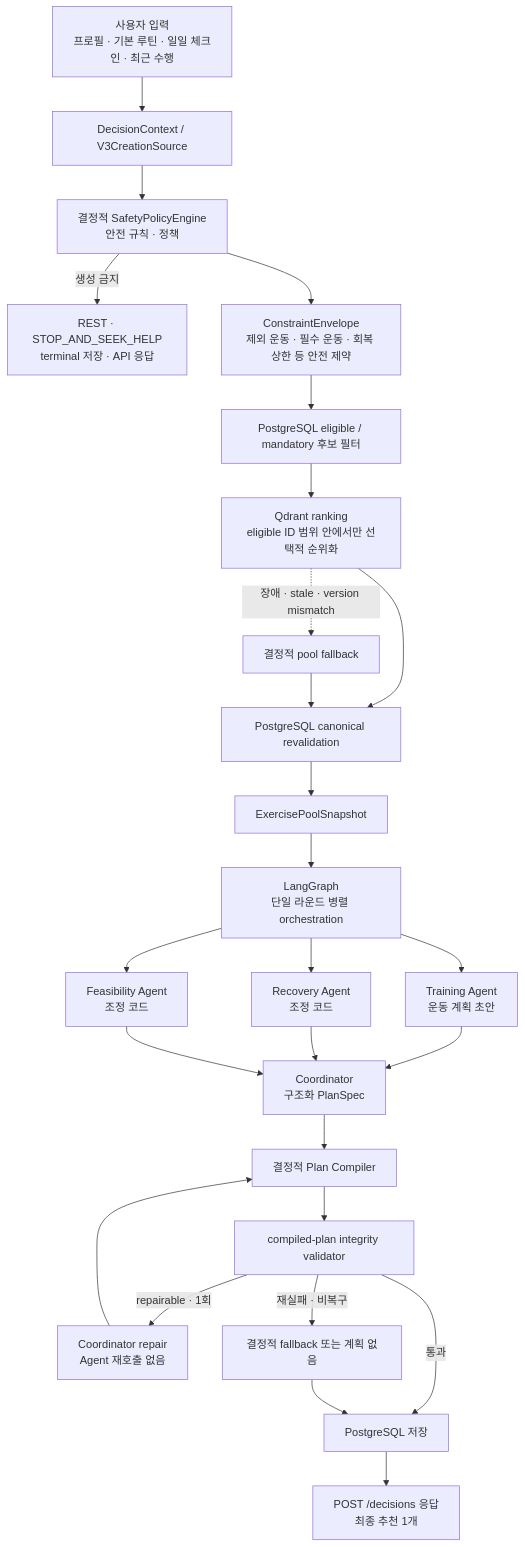
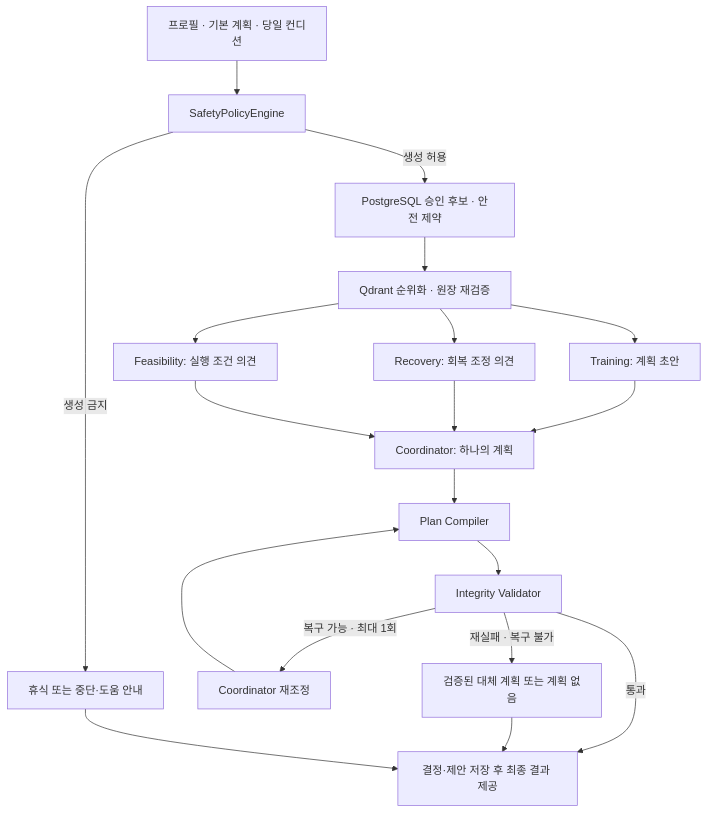
The diagram in README.md (SKNETWORKS-FAMILY-AICAMP/SKN30-FINAL-5Team), drawn with Mermaid before and after one commit. The commit also changed other lines of this file, not shown here.

````diff
--- a/README.md
+++ b/README.md
@@ -78,28 +109,21 @@
 ```mermaid
 flowchart TB
-  INPUT["사용자 입력<br/>프로필 · 기본 루틴 · 일일 체크인 · 최근 수행"] --> CTX["DecisionContext / V3CreationSource"]
-  CTX --> SAFETY["결정적 SafetyPolicyEngine<br/>안전 규칙 · 정책"]
-    SAFETY -->|"생성 금지"| TERMINAL["REST · STOP_AND_SEEK_HELP<br/>terminal 저장 · API 응답"]
-  SAFETY --> ENVELOPE["ConstraintEnvelope<br/>제외 운동 · 필수 운동 · 회복 상한 등 안전 제약"]
-  ENVELOPE --> ELIGIBLE["PostgreSQL eligible / mandatory 후보 필터"]
-  ELIGIBLE --> RANK["Qdrant ranking<br/>eligible ID 범위 안에서만 선택적 순위화"]
-  RANK --> REVALIDATE["PostgreSQL canonical revalidation"]
-  RANK -. "장애 · stale · version mismatch" .-> FALLBACK["결정적 pool fallback"]
-  FALLBACK --> REVALIDATE
-  REVALIDATE --> SNAPSHOT["ExercisePoolSnapshot"]
-  SNAPSHOT --> GRAPH["LangGraph<br/>단일 라운드 병렬 orchestration"]
-  GRAPH --> TRAINING["Training Agent<br/>운동 계획 초안"]
-  GRAPH --> RECOVERY["Recovery Agent<br/>조정 코드"]
-  GRAPH --> FEASIBILITY["Feasibility Agent<br/>조정 코드"]
-  TRAINING --> COORD["Coordinator<br/>구조화 PlanSpec"]
-  RECOVERY --> COORD
-  FEASIBILITY --> COORD
-  COORD --> COMPILE["결정적 Plan Compiler"]
-  COMPILE --> VALIDATE["compiled-plan integrity validator"]
-  VALIDATE -->|"통과"| PERSIST["PostgreSQL 저장"]
-  PERSIST --> RESPONSE["POST /decisions 응답<br/>최종 추천 1개"]
-    VALIDATE -->|"repairable · 1회"| REPAIR["Coordinator repair<br/>Agent 재호출 없음"]
-    REPAIR --> COMPILE
-  VALIDATE -->|"재실패 · 비복구"| FINAL_FALLBACK["결정적 fallback 또는 계획 없음"]
-  FINAL_FALLBACK --> PERSIST
+  INPUT["프로필 · 기본 계획 · 당일 컨디션"] --> SAFETY["SafetyPolicyEngine"]
+  SAFETY -->|"생성 금지"| STOP["휴식 또는 중단·도움 안내"]
+  SAFETY -->|"생성 허용"| POOL["PostgreSQL 승인 후보 · 안전 제약"]
+  POOL --> RANK["Qdrant 순위화 · 원장 재검증"]
+  RANK --> TRAIN["Training: 계획 초안"]
+  RANK --> REC["Recovery: 회복 조정 의견"]
+  RANK --> FEAS["Feasibility: 실행 조건 의견"]
+  TRAIN --> COORD["Coordinator: 하나의 계획"]
+  REC --> COORD
+  FEAS --> COORD
+  COORD --> COMPILE["Plan Compiler"]
+  COMPILE --> CHECK["Integrity Validator"]
+  CHECK -->|"통과"| SAVE["결정·제안 저장 후 최종 결과 제공"]
+  CHECK -->|"복구 가능 · 최대 1회"| REPAIR["Coordinator 재조정"]
+  REPAIR --> COMPILE
+  CHECK -->|"재실패 · 복구 불가"| FALLBACK["검증된 대체 계획 또는 계획 없음"]
+  FALLBACK --> SAVE
+  STOP --> SAVE
 ```
````
